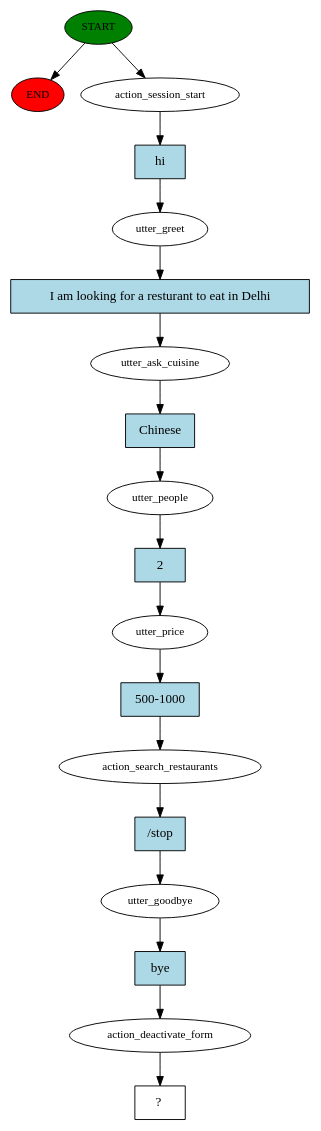
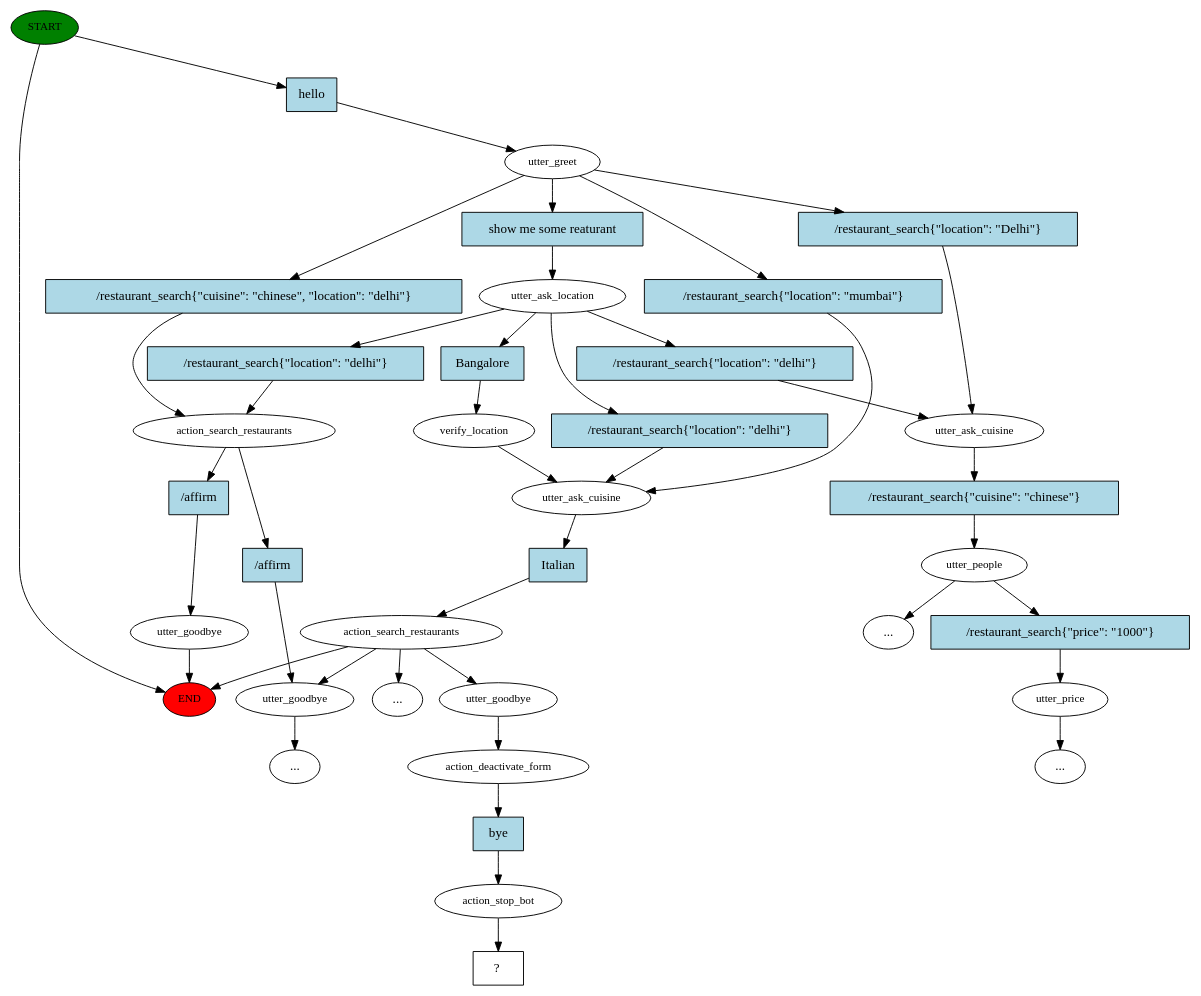
One commit to RakeshKumar045/Restaurant_Rasa_Chatbot_Python changed the diagram in story_graph.dot. Above: the diagram before and after it, drawn with Graphviz. The commit also changed 10 other files, not shown here.

```diff
--- a/story_graph.dot
+++ b/story_graph.dot
@@ -1,37 +1,80 @@
 digraph  {
 0 [class="start active", fillcolor=green, fontsize=12, label=START, style=filled];
 "-1" [class=end, fillcolor=red, fontsize=12, label=END, style=filled];
-1 [class=active, fontsize=12, label=action_session_start];
-2 [class=active, fontsize=12, label=utter_greet];
+1 [class=active, fontsize=12, label=utter_greet];
+2 [class=active, fontsize=12, label=utter_ask_location];
 3 [class=active, fontsize=12, label=utter_ask_cuisine];
-4 [class=active, fontsize=12, label=utter_people];
-5 [class=active, fontsize=12, label=utter_price];
-6 [class=active, fontsize=12, label=action_search_restaurants];
-7 [class=active, fontsize=12, label=utter_goodbye];
-8 [class=active, fontsize=12, label=action_deactivate_form];
-9 [class="intent dashed active", label="  ?  ", shape=rect];
-10 [class="intent active", fillcolor=lightblue, label=hi, shape=rect, style=filled];
-11 [class="intent active", fillcolor=lightblue, label="I am looking for a resturant to eat in Delhi", shape=rect, style=filled];
-12 [class="intent active", fillcolor=lightblue, label=Chinese, shape=rect, style=filled];
-13 [class="intent active", fillcolor=lightblue, label=2, shape=rect, style=filled];
-14 [class="intent active", fillcolor=lightblue, label="500-1000", shape=rect, style=filled];
-15 [class="intent active", fillcolor=lightblue, label="/stop", shape=rect, style=filled];
-16 [class="intent active", fillcolor=lightblue, label=bye, shape=rect, style=filled];
+4 [class=active, fontsize=12, label=action_search_restaurants];
+5 [class="", fontsize=12, label=utter_goodbye];
+20 [class="", fontsize=12, label=utter_ask_cuisine];
+21 [class="", fontsize=12, label=utter_people];
+22 [class="", fontsize=12, label=utter_price];
+"-6" [class=ellipsis, label="..."];
+"-7" [class=ellipsis, label="..."];
+27 [class="", fontsize=12, label=action_search_restaurants];
+"-8" [class=ellipsis, label="..."];
+32 [class="", fontsize=12, label=utter_goodbye];
+"-9" [class=ellipsis, label="..."];
+38 [class=active, fontsize=12, label=verify_location];
+41 [class=active, fontsize=12, label=utter_goodbye];
+42 [class=active, fontsize=12, label=action_deactivate_form];
+43 [class=active, fontsize=12, label=action_stop_bot];
+44 [class="intent dashed active", label="  ?  ", shape=rect];
+45 [class="intent active", fillcolor=lightblue, label=hello, shape=rect, style=filled];
+46 [class="intent active", fillcolor=lightblue, label="show me some reaturant", shape=rect, style=filled];
+47 [class=intent, fillcolor=lightblue, label="/restaurant_search{\"cuisine\": \"chinese\", \"location\": \"delhi\"}", shape=rect, style=filled];
+48 [class=intent, fillcolor=lightblue, label="/restaurant_search{\"location\": \"mumbai\"}", shape=rect, style=filled];
+49 [class=intent, fillcolor=lightblue, label="/restaurant_search{\"location\": \"Delhi\"}", shape=rect, style=filled];
+50 [class=intent, fillcolor=lightblue, label="/restaurant_search{\"location\": \"delhi\"}", shape=rect, style=filled];
+51 [class=intent, fillcolor=lightblue, label="/restaurant_search{\"location\": \"delhi\"}", shape=rect, style=filled];
+52 [class="intent active", fillcolor=lightblue, label=Bangalore, shape=rect, style=filled];
+53 [class=intent, fillcolor=lightblue, label="/restaurant_search{\"location\": \"delhi\"}", shape=rect, style=filled];
+54 [class="intent active", fillcolor=lightblue, label=Italian, shape=rect, style=filled];
+55 [class=intent, fillcolor=lightblue, label="/restaurant_search{\"cuisine\": \"chinese\"}", shape=rect, style=filled];
+56 [class=intent, fillcolor=lightblue, label="/restaurant_search{\"price\": \"1000\"}", shape=rect, style=filled];
+57 [class=intent, fillcolor=lightblue, label="/affirm", shape=rect, style=filled];
+58 [class=intent, fillcolor=lightblue, label="/affirm", shape=rect, style=filled];
+59 [class="intent active", fillcolor=lightblue, label=bye, shape=rect, style=filled];
 0 -> "-1"  [class="", key=NONE, label=""];
-0 -> 1  [class=active, key=NONE, label=""];
-1 -> 10  [class=active, key=0];
-2 -> 11  [class=active, key=0];
-3 -> 12  [class=active, key=0];
-4 -> 13  [class=active, key=0];
-5 -> 14  [class=active, key=0];
-6 -> 15  [class=active, key=0];
-7 -> 16  [class=active, key=0];
-8 -> 9  [class=active, key=NONE, label=""];
-10 -> 2  [class=active, key=0];
-11 -> 3  [class=active, key=0];
-12 -> 4  [class=active, key=0];
-13 -> 5  [class=active, key=0];
-14 -> 6  [class=active, key=0];
-15 -> 7  [class=active, key=0];
-16 -> 8  [class=active, key=0];
+0 -> 45  [class=active, key=0];
+1 -> 46  [class=active, key=0];
+1 -> 47  [class="", key=0];
+1 -> 48  [class="", key=0];
+1 -> 49  [class="", key=0];
+2 -> 50  [class="", key=0];
+2 -> 51  [class="", key=0];
+2 -> 52  [class=active, key=0];
+2 -> 53  [class="", key=0];
+3 -> 54  [class=active, key=0];
+4 -> 5  [class="", key=NONE, label=""];
+4 -> "-1"  [class="", key=NONE, label=""];
+4 -> "-7"  [class="", key=NONE, label=""];
+4 -> 41  [class=active, key=NONE, label=""];
+5 -> "-8"  [class="", key=NONE, label=""];
+20 -> 55  [class="", key=0];
+21 -> "-9"  [class="", key=NONE, label=""];
+21 -> 56  [class="", key=0];
+22 -> "-6"  [class="", key=NONE, label=""];
+27 -> 57  [class="", key=0];
+27 -> 58  [class="", key=0];
+32 -> "-1"  [class="", key=NONE, label=""];
+38 -> 3  [class=active, key=NONE, label=""];
+41 -> 42  [class=active, key=NONE, label=""];
+42 -> 59  [class=active, key=0];
+43 -> 44  [class=active, key=NONE, label=""];
+45 -> 1  [class=active, key=0];
+46 -> 2  [class=active, key=0];
+47 -> 27  [class="", key=0];
+48 -> 3  [class="", key=0];
+49 -> 20  [class="", key=0];
+50 -> 3  [class="", key=0];
+51 -> 20  [class="", key=0];
+52 -> 38  [class=active, key=0];
+53 -> 27  [class="", key=0];
+54 -> 4  [class=active, key=0];
+55 -> 21  [class="", key=0];
+56 -> 22  [class="", key=0];
+57 -> 5  [class="", key=0];
+58 -> 32  [class="", key=0];
+59 -> 43  [class=active, key=0];
 }
```
